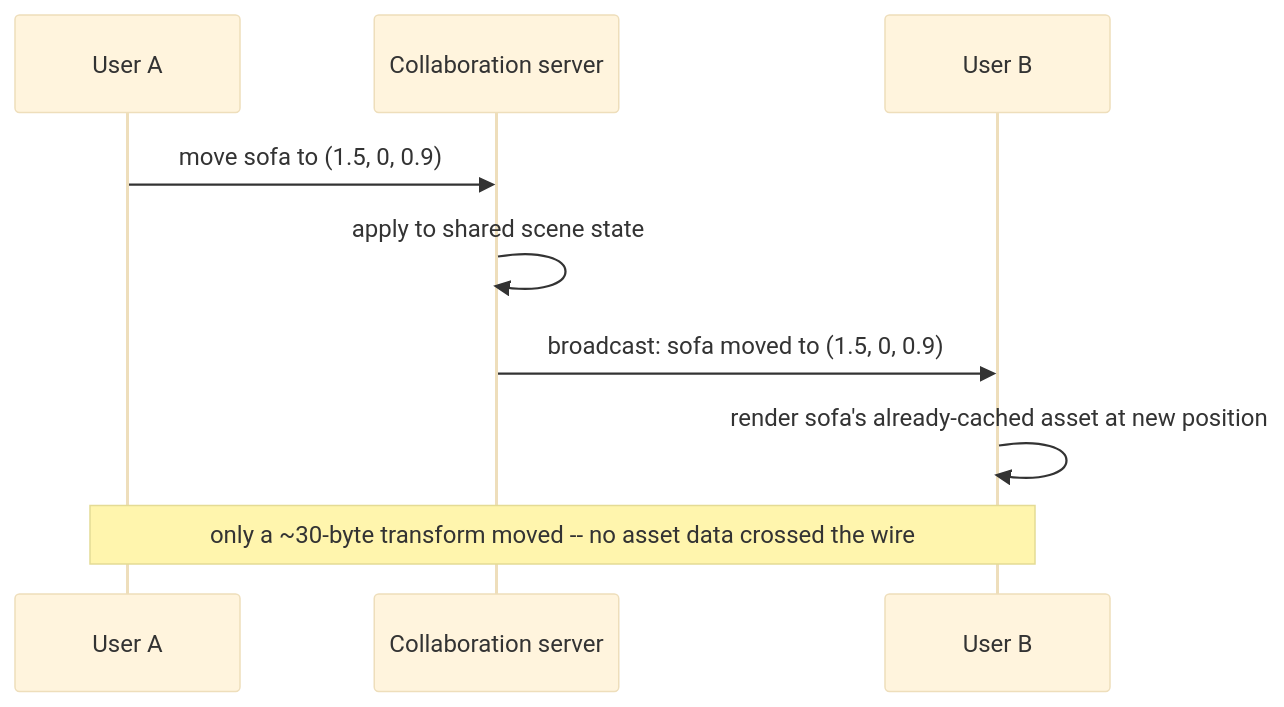
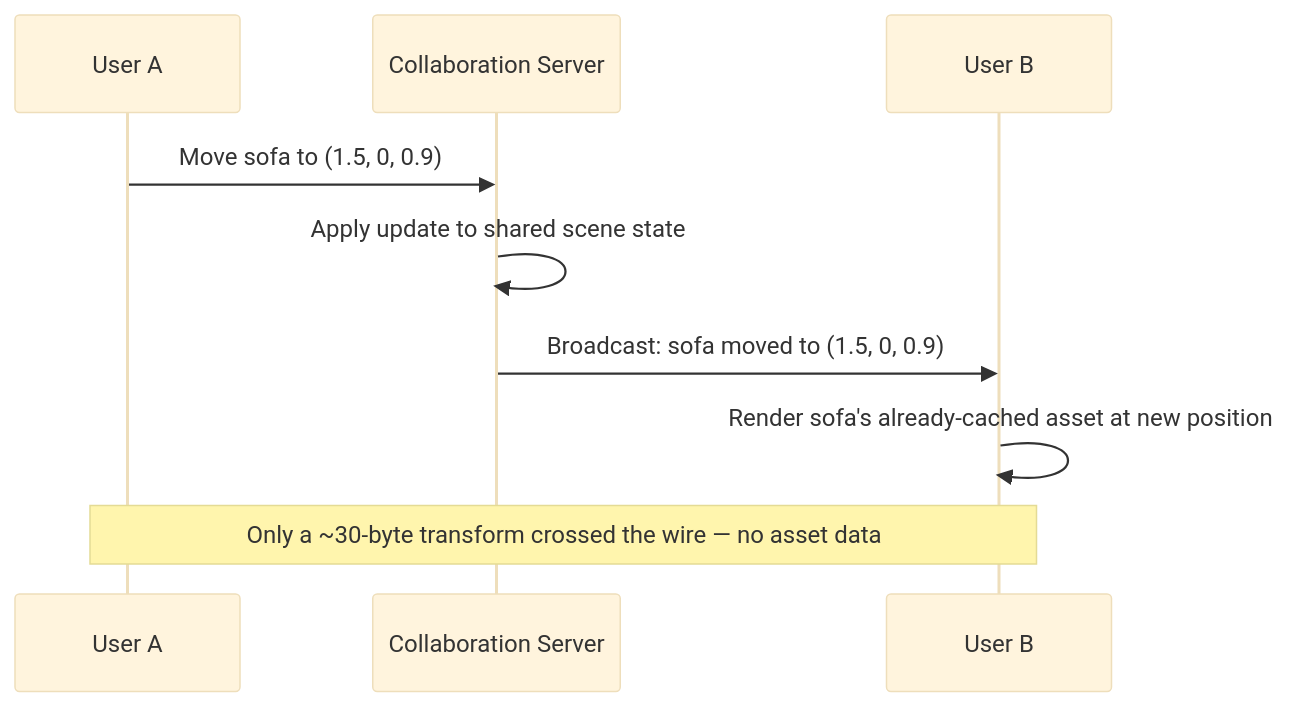
Before and after one commit to riyaz-pasha/Learnings: the ninth of 14 diagrams in system-design/HLD/0-course/54-Design-an-AR-Virtual-Furniture-Placement-System-FAANG-Guide-story.md, drawn with Mermaid (base theme). The commit also changed other lines of this file and 1 other file, not shown here.

Commit message:
[REWRITE] AR Virtual Furniture Placement story guide: simplify prose, add structure, fix diagrams

````diff
--- a/system-design/HLD/0-course/54-Design-an-AR-Virtual-Furniture-Placement-System-FAANG-Guide-story.md
+++ b/system-design/HLD/0-course/54-Design-an-AR-Virtual-Furniture-Placement-System-FAANG-Guide-story.md
@@ -214,12 +414,12 @@
 ```mermaid
 sequenceDiagram
     participant A as User A
-    participant Collab as Collaboration server
+    participant Collab as Collaboration Server
     participant B as User B
 
-    A->>Collab: move sofa to (1.5, 0, 0.9)
-    Collab->>Collab: apply to shared scene state
-    Collab->>B: broadcast: sofa moved to (1.5, 0, 0.9)
-    B->>B: render sofa's already-cached asset at new position
-    Note over A,B: only a ~30-byte transform moved -- no asset data crossed the wire
+    A->>Collab: Move sofa to (1.5, 0, 0.9)
+    Collab->>Collab: Apply update to shared scene state
+    Collab->>B: Broadcast: sofa moved to (1.5, 0, 0.9)
+    B->>B: Render sofa's already-cached asset at new position
+    Note over A,B: Only a ~30-byte transform crossed the wire — no asset data
 ```
````
